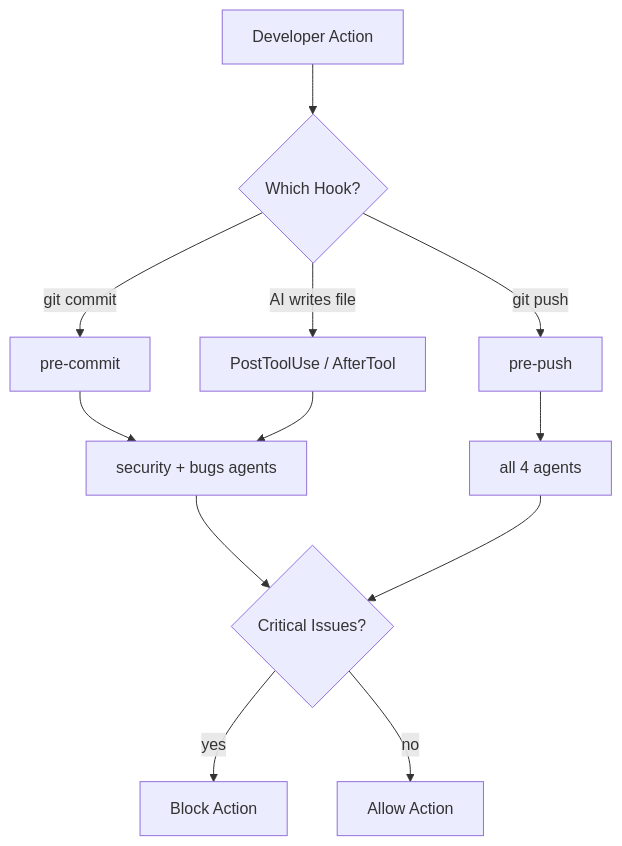
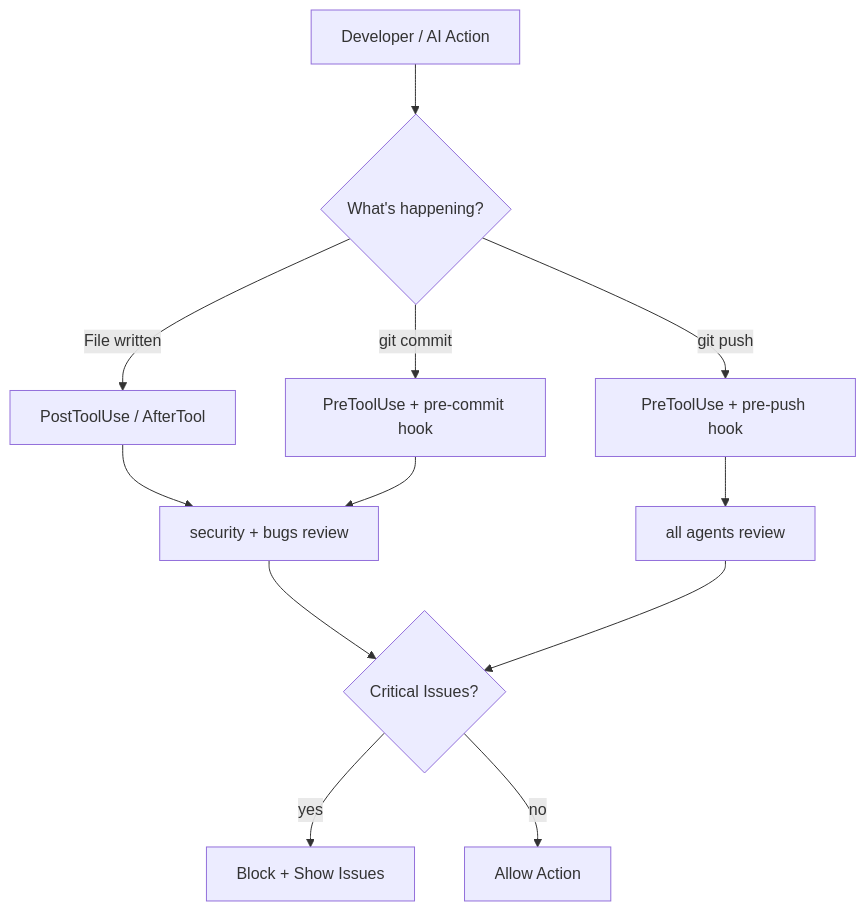
Before and after one commit to Traves-Theberge/openlens: the diagram in docs/guides/hooks-guide.md, drawn with Mermaid. The commit also changed other lines of this file and 5 other files, not shown here.

First line of the commit message:
Rewrite platform hooks with pre-commit/pre-push support

````diff
--- a/docs/guides/hooks-guide.md
+++ b/docs/guides/hooks-guide.md
@@ -196,13 +293,13 @@
 ```mermaid
 graph TD
-    A[Developer Action] --> B{Which Hook?}
-    B -->|git commit| C[pre-commit]
-    B -->|git push| D[pre-push]
-    B -->|AI writes file| E[PostToolUse / AfterTool]
-    C --> F[security + bugs agents]
-    D --> G[all 4 agents]
-    E --> F
+    A[Developer / AI Action] --> B{What's happening?}
+    B -->|File written| C[PostToolUse / AfterTool]
+    B -->|git commit| D[PreToolUse + pre-commit hook]
+    B -->|git push| E[PreToolUse + pre-push hook]
+    C --> F[security + bugs review]
+    D --> F
+    E --> G[all agents review]
     F & G --> H{Critical Issues?}
-    H -->|yes| I[Block Action]
+    H -->|yes| I[Block + Show Issues]
     H -->|no| J[Allow Action]
 ```
````
